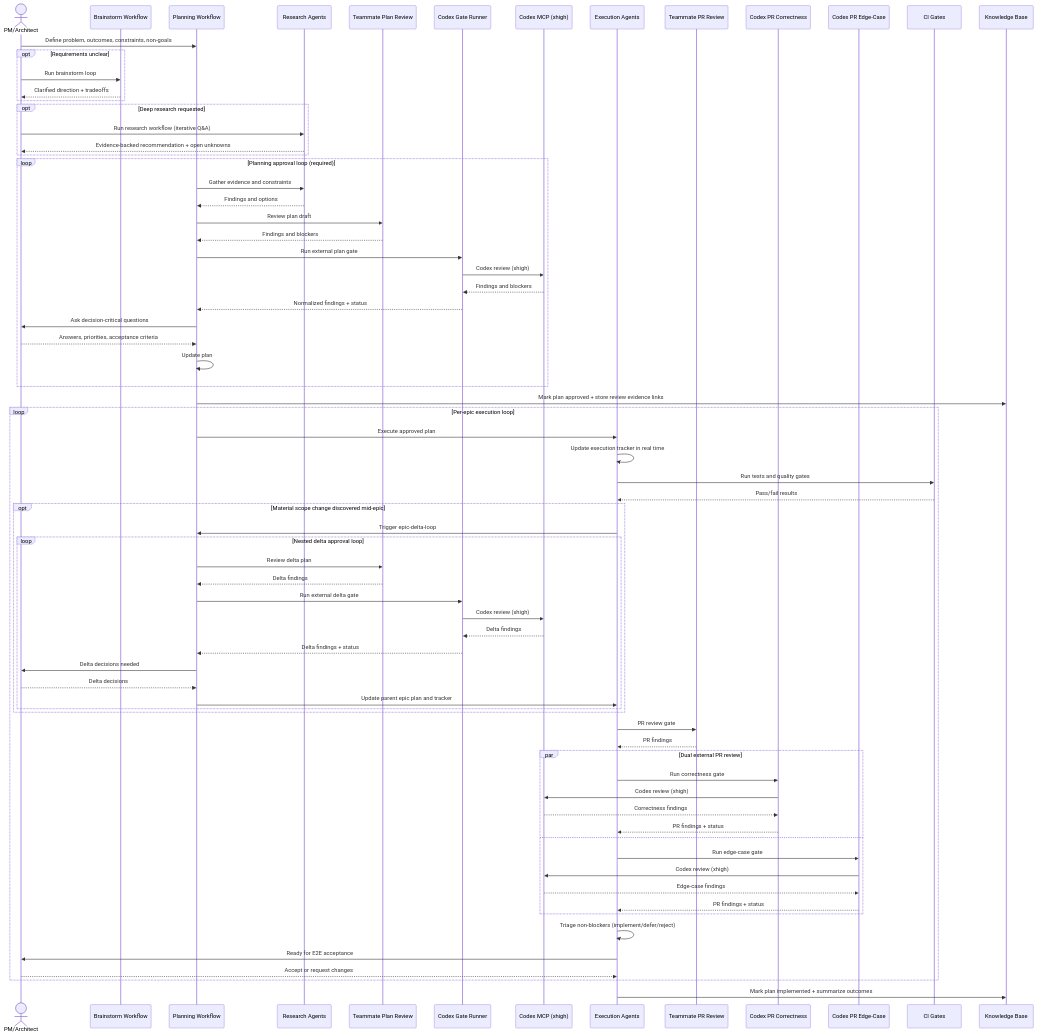
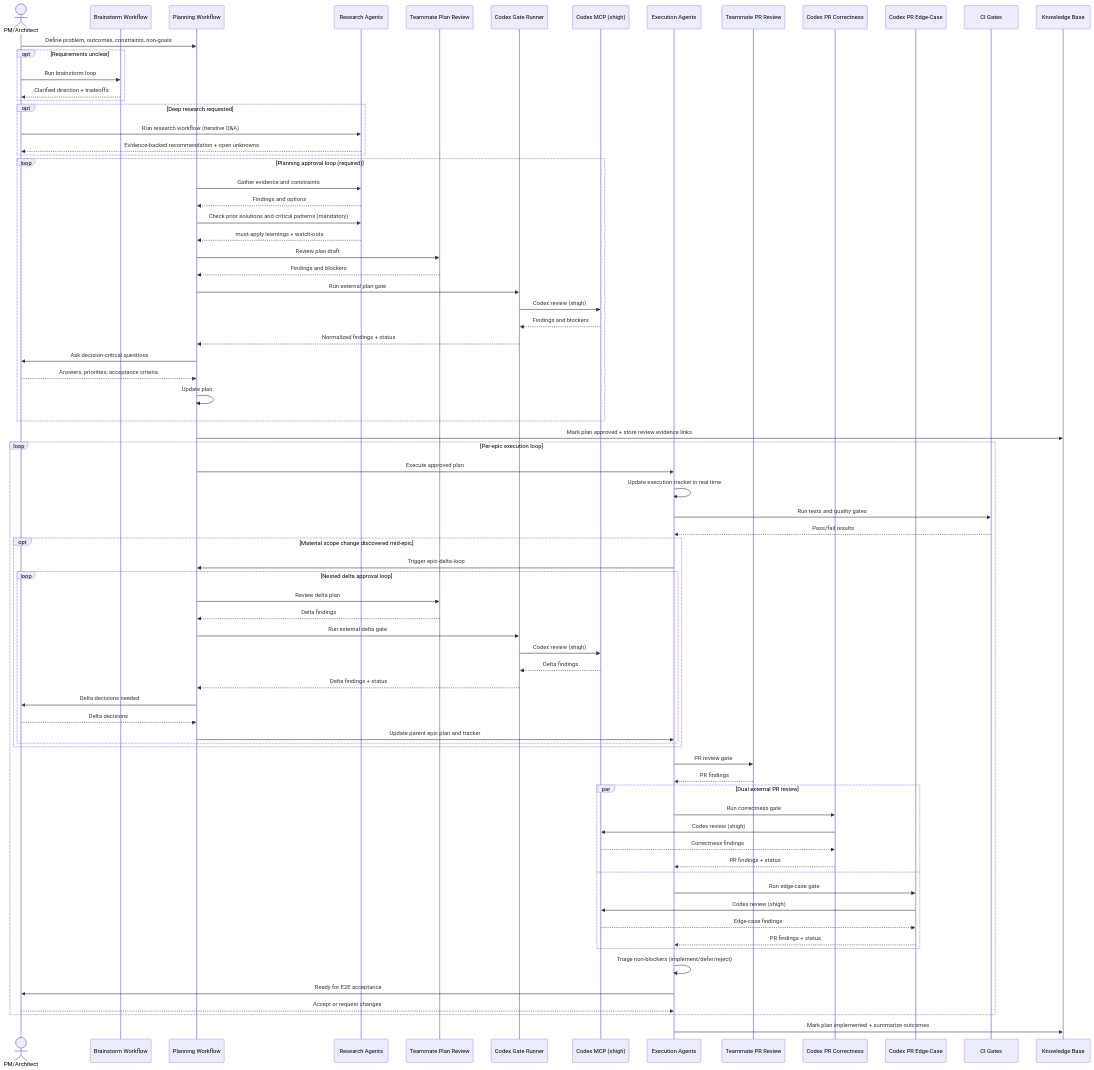
One commit to adam-badar/compound-engineering-system changed the first of 2 diagrams in templates/docs/process/sequence-diagram.md. Above: the diagram before and after it, drawn with Mermaid. The commit also changed other lines of this file and 5 other files, not shown here.

First line of the commit message:
feat: mandatory learnings check + meta-governance (#27)

```diff
--- a/templates/docs/process/sequence-diagram.md
+++ b/templates/docs/process/sequence-diagram.md
@@ -30,6 +30,8 @@
     loop Planning approval loop (required)
         Plan->>Research: Gather evidence and constraints
         Research-->>Plan: Findings and options
+        Plan->>Research: Check prior solutions and critical patterns (mandatory)
+        Research-->>Plan: must-apply learnings + watch-outs
         Plan->>TeamPlan: Review plan draft
         TeamPlan-->>Plan: Findings and blockers
         Plan->>CodexGate: Run external plan gate
```
